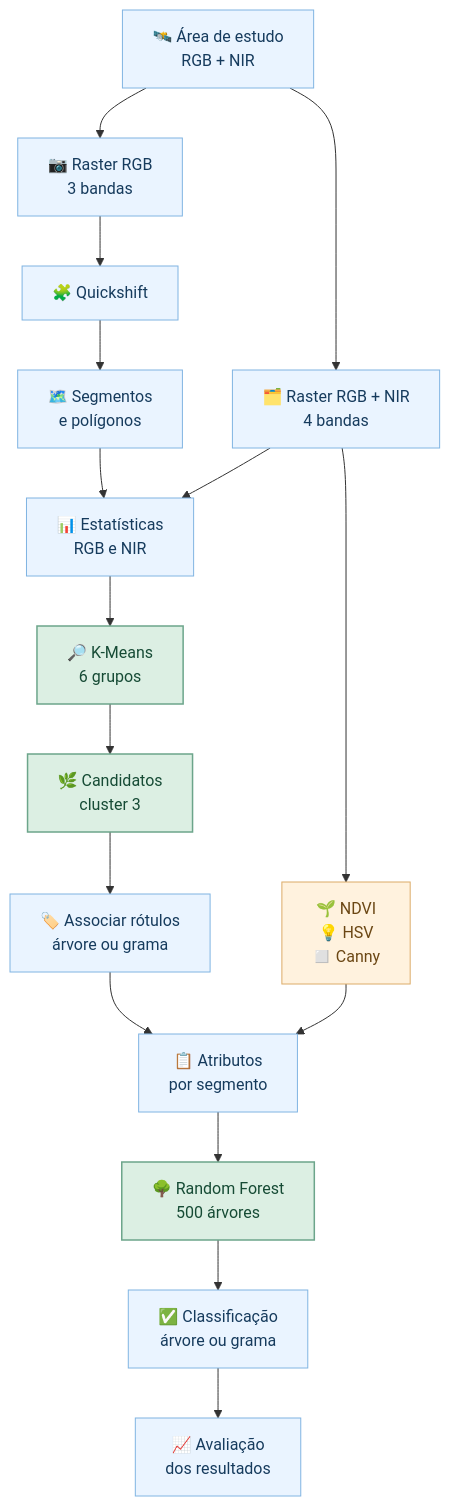
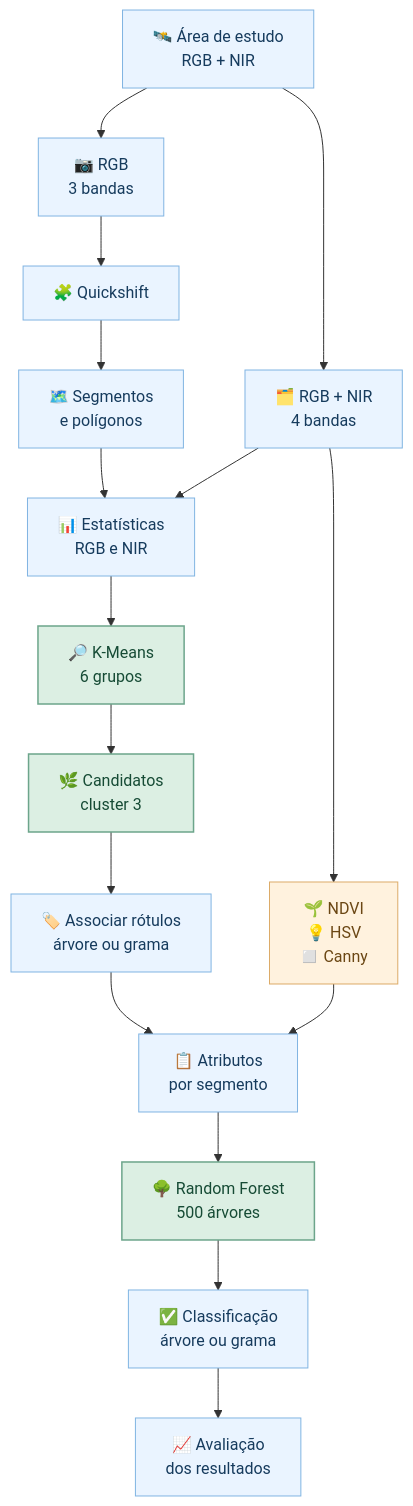
Before and after one commit to BrenoBragaGalvao/mestrado-arvores-urbanas: the first of 5 diagrams in README.md, drawn with Mermaid.

Commit message:
docs: encurtar caixas RGB e RGB+NIR para evitar corte no Mermaid

````diff
--- a/README.md
+++ b/README.md
@@ -89,25 +89,25 @@
 ```mermaid
 flowchart TD
-    S["🛰️ Área de estudo<br/>RGB + NIR"] --> A["📷 Raster RGB<br/>3 bandas"]
-    S --> P["🗂️ Raster RGB + NIR<br/>4 bandas"]
+    S["🛰️ Área de estudo<br/>RGB + NIR"] --> A["📷 RGB<br/>3 bandas"]
+    S --> P["🗂️ RGB + NIR<br/>4 bandas"]
     A --> B["🧩 Quickshift"]
     B --> C["🗺️ Segmentos<br/>e polígonos"]
     C --> D["📊 Estatísticas<br/>RGB e NIR"]
     P --> D
     D --> E["🔎 K-Means<br/>6 grupos"]
     E --> F["🌿 Candidatos<br/>cluster 3"]
     F --> G["🏷️ Associar rótulos<br/>árvore ou grama"]
     G --> H["📋 Atributos<br/>por segmento"]
     P --> T["🌱 NDVI<br/>💡 HSV<br/>◻️ Canny"]
     T --> H
     H --> M["🌳 Random Forest<br/>500 árvores"]
     M --> N["✅ Classificação<br/>árvore ou grama"]
     N --> O["📈 Avaliação<br/>dos resultados"]
 
     classDef entrada fill:#eaf4ff,stroke:#80b4e2,color:#163b5d,stroke-width:1px;
     classDef metodo fill:#dcefe3,stroke:#6ca58b,color:#164b35,stroke-width:1.5px;
     classDef atributo fill:#fff2de,stroke:#dcab68,color:#6b4714,stroke-width:1px;
     class S,A,P,B,C,D,G,H,N,O entrada;
     class E,F,M metodo;
     class T atributo;
 ```
````
